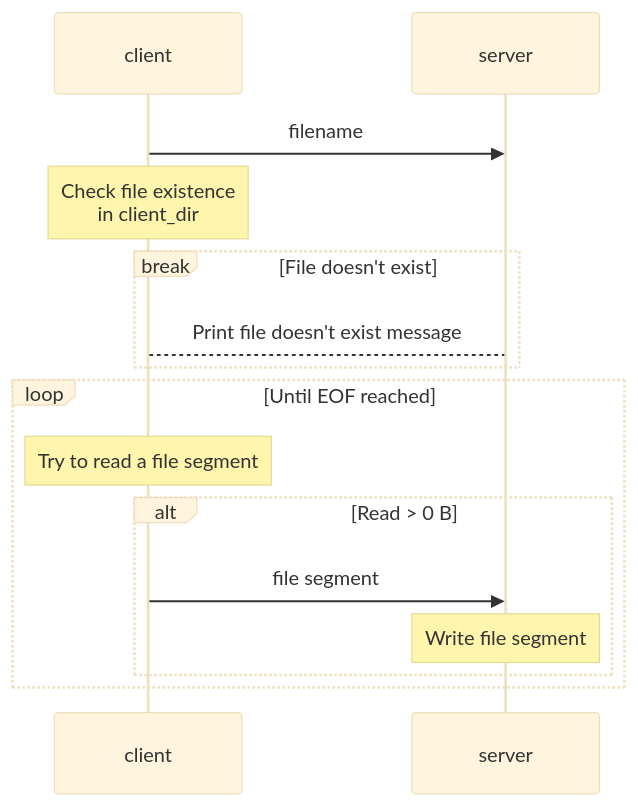
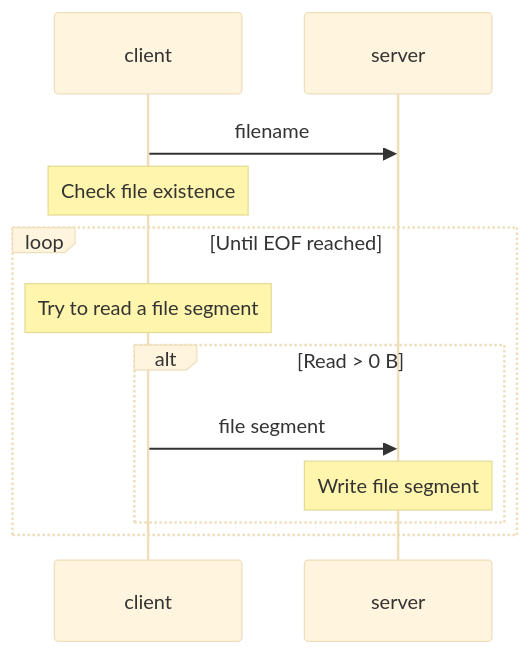
The first of 6 diagrams in hw2/report/report.md (GWFrank/CN-2022), drawn with Mermaid (base theme) before and after one commit. The commit also changed other lines of this file and 2 other files, not shown here.

````diff
--- a/hw2/report/report.md
+++ b/hw2/report/report.md
@@ -13,21 +13,14 @@
 ```mermaid
 sequenceDiagram
     participant c as client
     participant s as server
-    
     c->>s: filename
-    
-    note over c: Check file existence<br/>in client_dir
-    
-    break File doesn't exist
-        c --> s: Print file doesn't exist message
-    end
-    
+    note over c: Check file existence
     loop Until EOF reached
         note over c: Try to read a file segment
         alt Read > 0 B
             c->>s: file segment
             note over s: Write file segment
         end
     end
 ```
````
